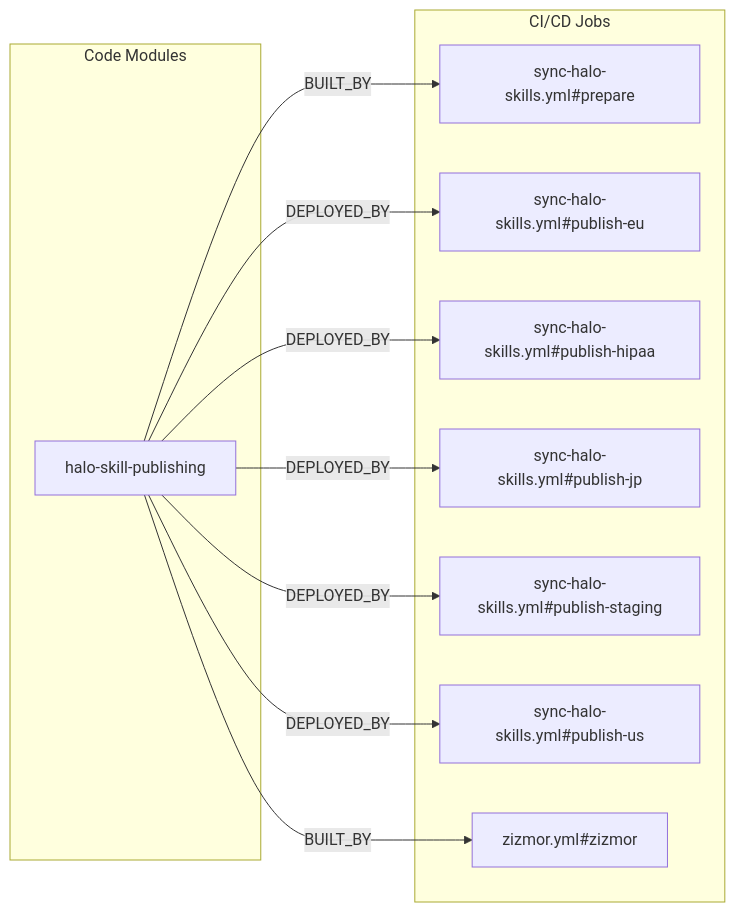
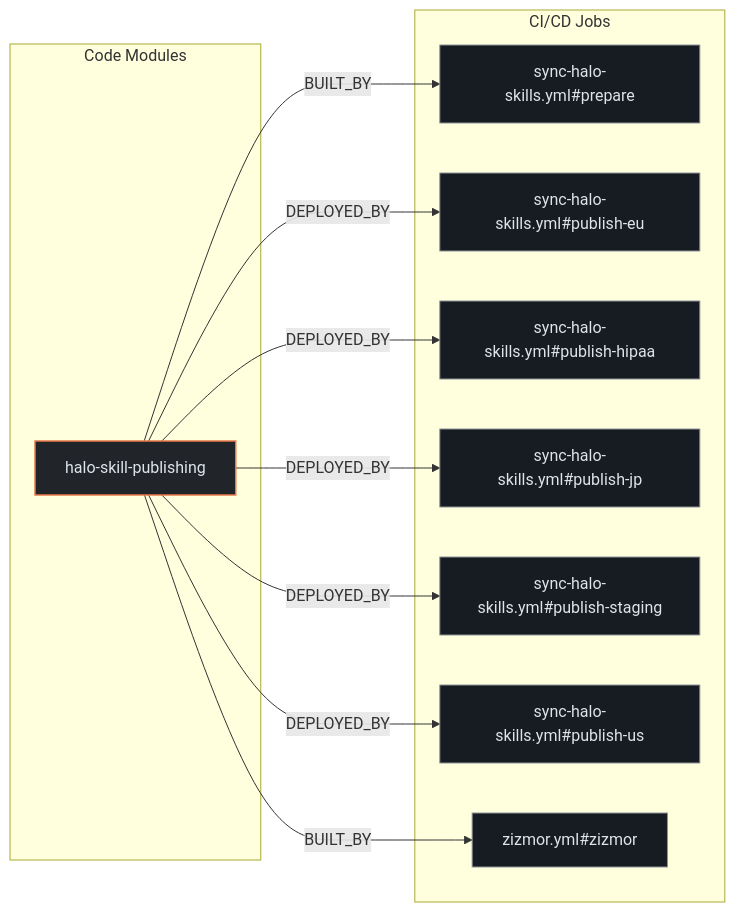
Before and after one commit to kumarshaz/atruss-code-atlas: the second of 3 diagrams in exports/latest/reports/langfuse-skills-report.md, drawn with Mermaid. The commit also changed other lines of this file and 331 other files, not shown here.

Commit message:
docs,ui,fix: update SDLC docs, reorder CI/CD DAG first, stylize Mermaid, and fix Arc42 pipeline topology

````diff
--- a/exports/latest/reports/langfuse-skills-report.md
+++ b/exports/latest/reports/langfuse-skills-report.md
@@ -76,22 +83,26 @@
 ```mermaid
 flowchart LR
+    classDef atlasCategory fill:#212428,stroke:#E87A48,stroke-width:1.5px,color:#dfe3eb
+    classDef atlasWorkflow fill:#1b2026,stroke:#a3c9ff,stroke-width:1.5px,color:#dfe3eb
+    classDef atlasJob fill:#171c22,stroke:#8d9199,stroke-width:1px,color:#dfe3eb
+    classDef atlasTarget fill:#005227,stroke:#8bd99b,stroke-width:1.5px,color:#a7f6b6
     subgraph code_modules["Code Modules"]
-        mod_halo_skill_publishing["halo-skill-publishing"]
+        mod_halo_skill_publishing["halo-skill-publishing"]:::atlasCategory
     end
     subgraph ci_jobs["CI/CD Jobs"]
-        job_sync_halo_skills_yml_prepare["sync-halo-skills.yml#prepare"]
-        job_sync_halo_skills_yml_publish_eu["sync-halo-skills.yml#publish-eu"]
-        job_sync_halo_skills_yml_publish_hipaa["sync-halo-skills.yml#publish-hipaa"]
-        job_sync_halo_skills_yml_publish_jp["sync-halo-skills.yml#publish-jp"]
-        job_sync_halo_skills_yml_publish_staging["sync-halo-skills.yml#publish-staging"]
-        job_sync_halo_skills_yml_publish_us["sync-halo-skills.yml#publish-us"]
-        job_zizmor_yml_zizmor["zizmor.yml#zizmor"]
+        job_sync_halo_skills_yml_prepare["sync-halo-skills.yml#prepare"]:::atlasJob
+        job_sync_halo_skills_yml_publish_eu["sync-halo-skills.yml#publish-eu"]:::atlasJob
+        job_sync_halo_skills_yml_publish_hipaa["sync-halo-skills.yml#publish-hipaa"]:::atlasJob
+        job_sync_halo_skills_yml_publish_jp["sync-halo-skills.yml#publish-jp"]:::atlasJob
+        job_sync_halo_skills_yml_publish_staging["sync-halo-skills.yml#publish-staging"]:::atlasJob
+        job_sync_halo_skills_yml_publish_us["sync-halo-skills.yml#publish-us"]:::atlasJob
+        job_zizmor_yml_zizmor["zizmor.yml#zizmor"]:::atlasJob
     end
     mod_halo_skill_publishing -->|BUILT_BY| job_sync_halo_skills_yml_prepare
     mod_halo_skill_publishing -->|BUILT_BY| job_zizmor_yml_zizmor
     mod_halo_skill_publishing -->|DEPLOYED_BY| job_sync_halo_skills_yml_publish_eu
     mod_halo_skill_publishing -->|DEPLOYED_BY| job_sync_halo_skills_yml_publish_hipaa
     mod_halo_skill_publishing -->|DEPLOYED_BY| job_sync_halo_skills_yml_publish_jp
     mod_halo_skill_publishing -->|DEPLOYED_BY| job_sync_halo_skills_yml_publish_staging
     mod_halo_skill_publishing -->|DEPLOYED_BY| job_sync_halo_skills_yml_publish_us
 ```
````
